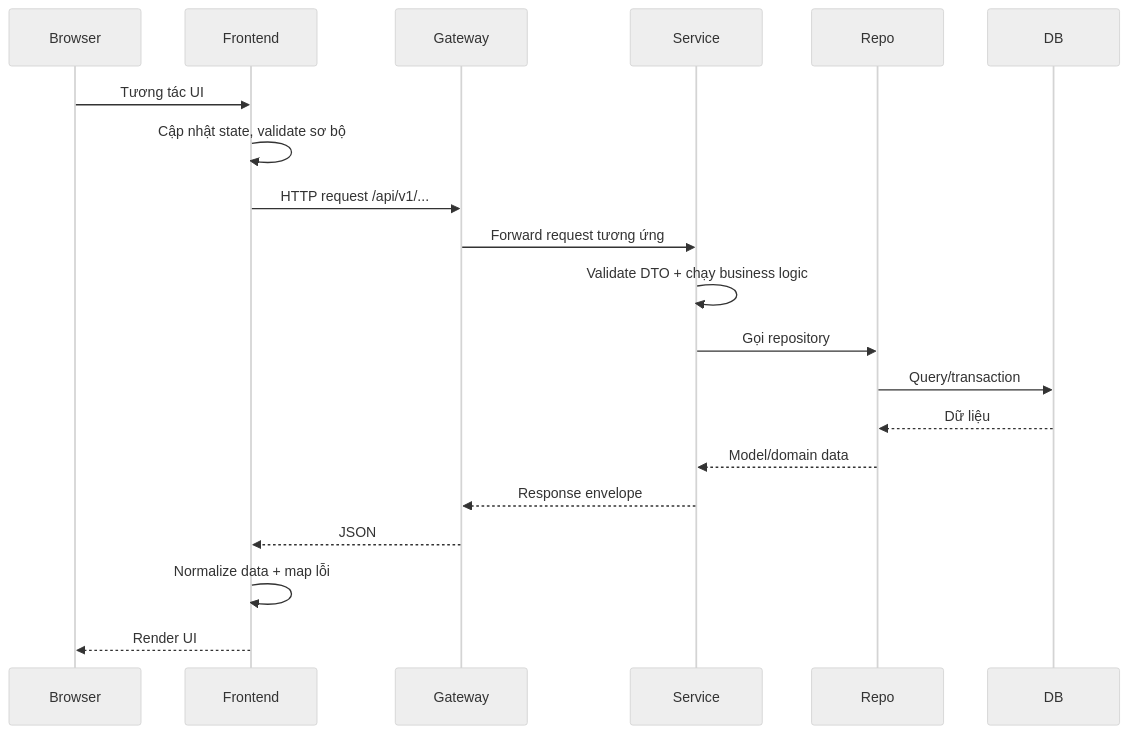
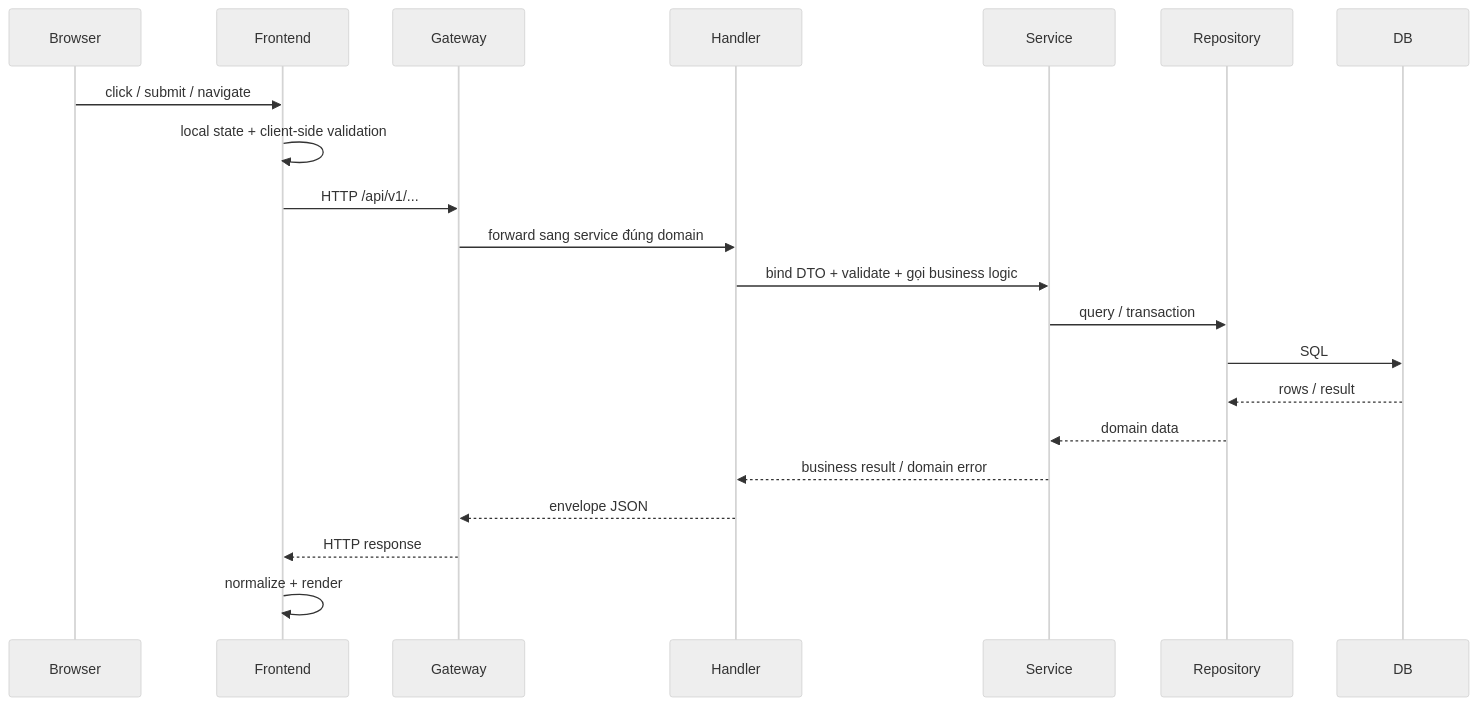
The second of 3 diagrams in LOGIC_FLOW.md (NguyenDung278/E-CommerceMicroservicesPlatform), drawn with Mermaid (neutral theme) before and after one commit. The commit also changed other lines of this file and 8 other files, not shown here.

````diff
--- a/LOGIC_FLOW.md
+++ b/LOGIC_FLOW.md
@@ -161,23 +132,24 @@
 ```mermaid
 sequenceDiagram
     participant Browser
     participant Frontend
     participant Gateway
+    participant Handler
     participant Service
-    participant Repo
+    participant Repository
     participant DB
 
-    Browser->>Frontend: Tương tác UI
-    Frontend->>Frontend: Cập nhật state, validate sơ bộ
-    Frontend->>Gateway: HTTP request /api/v1/...
-    Gateway->>Service: Forward request tương ứng
-    Service->>Service: Validate DTO + chạy business logic
-    Service->>Repo: Gọi repository
-    Repo->>DB: Query/transaction
-    DB-->>Repo: Dữ liệu
-    Repo-->>Service: Model/domain data
-    Service-->>Gateway: Response envelope
-    Gateway-->>Frontend: JSON
-    Frontend->>Frontend: Normalize data + map lỗi
-    Frontend-->>Browser: Render UI
+    Browser->>Frontend: click / submit / navigate
+    Frontend->>Frontend: local state + client-side validation
+    Frontend->>Gateway: HTTP /api/v1/...
+    Gateway->>Handler: forward sang service đúng domain
+    Handler->>Service: bind DTO + validate + gọi business logic
+    Service->>Repository: query / transaction
+    Repository->>DB: SQL
+    DB-->>Repository: rows / result
+    Repository-->>Service: domain data
+    Service-->>Handler: business result / domain error
+    Handler-->>Gateway: envelope JSON
+    Gateway-->>Frontend: HTTP response
+    Frontend->>Frontend: normalize + render
 ```
````
